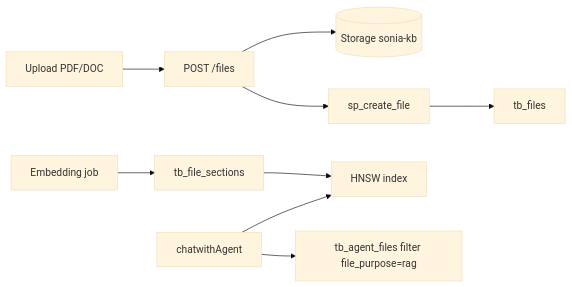
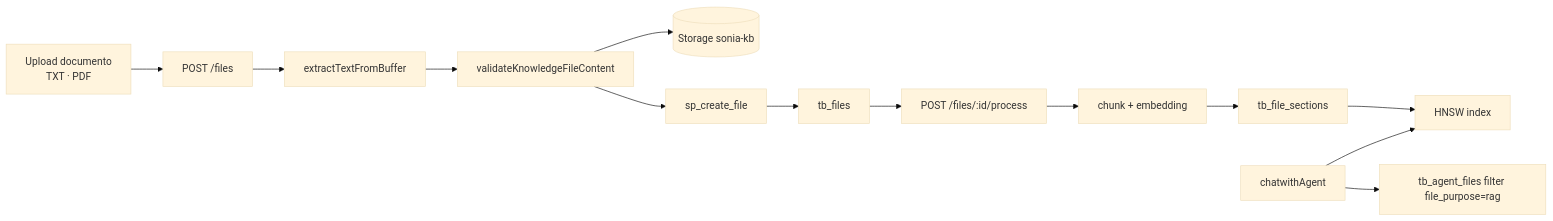
Before and after one commit to onsmart/Plataforma-Sonia: the ninth of 20 diagrams in README.md, drawn with Mermaid (base theme). The commit also changed 12 other files, not shown here.

````diff
--- a/README.md
+++ b/README.md
@@ -338,11 +338,15 @@
 ```mermaid
 flowchart LR
-  UP[Upload PDF/DOC] --> API["POST /files"]
-  API --> ST[(Storage sonia-kb)]
-  API --> RPC[sp_create_file]
+  UP["Upload documento<br/>TXT · PDF"] --> API["POST /files"]
+  API --> EXT[extractTextFromBuffer]
+  EXT --> VAL[validateKnowledgeFileContent]
+  VAL --> ST[(Storage sonia-kb)]
+  VAL --> RPC[sp_create_file]
   RPC --> TF[tb_files]
-  EMB[Embedding job] --> SEC[tb_file_sections]
+  PROC["POST /files/:id/process"] --> EMB[chunk + embedding]
+  TF --> PROC
+  EMB --> SEC[tb_file_sections]
   SEC --> VEC[HNSW index]
   CHAT[chatwithAgent] --> VEC
   CHAT --> AF[tb_agent_files filter file_purpose=rag]
 ```
````
